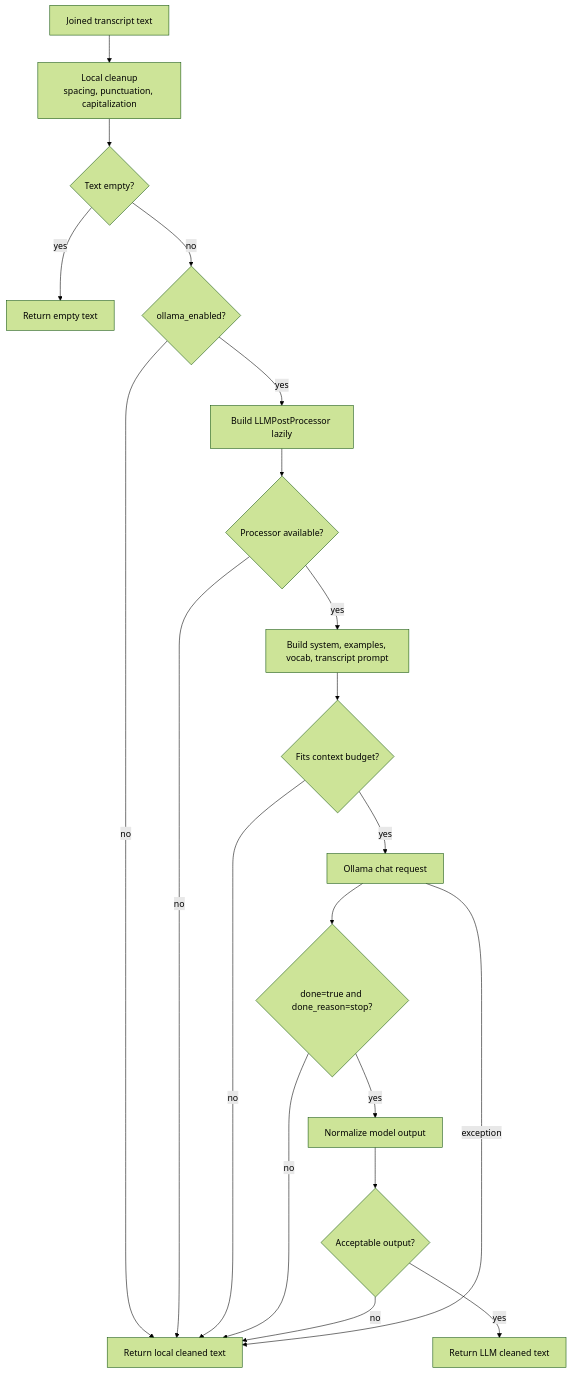
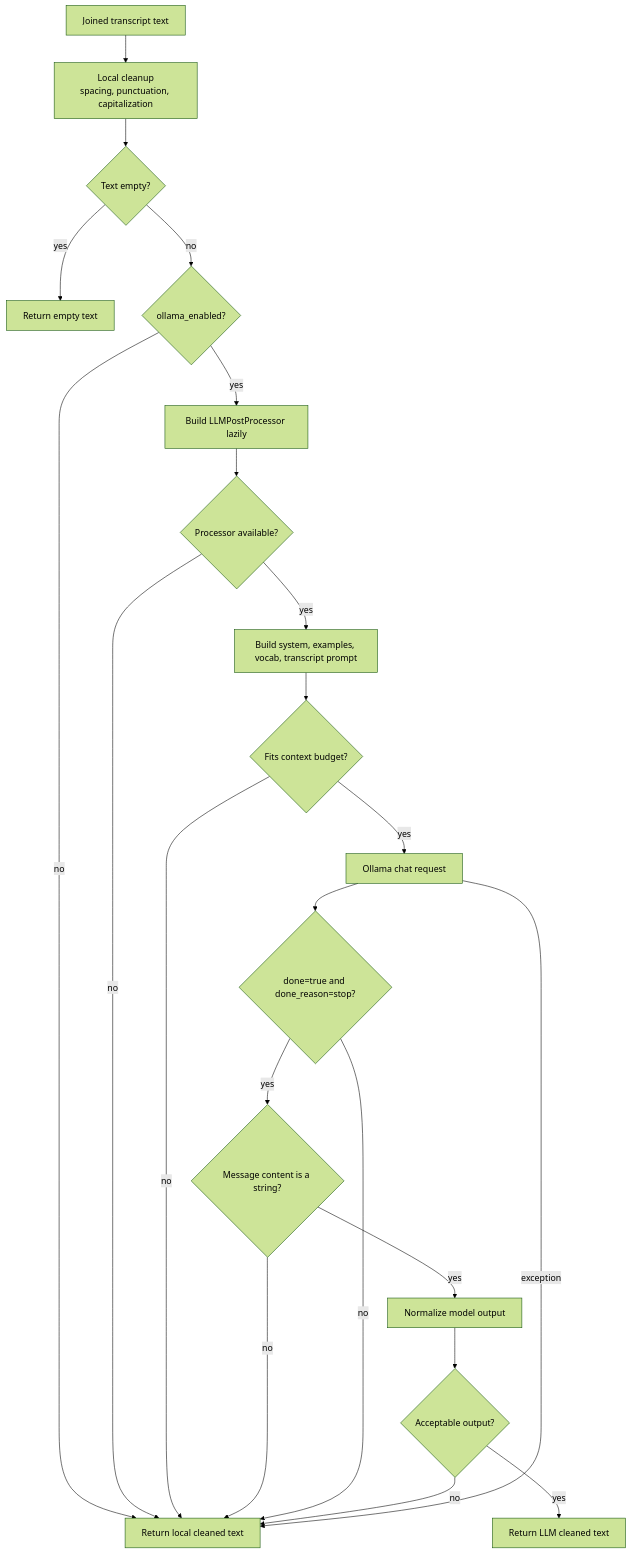
One commit to laceyp99/murmur changed the third of 3 diagrams in docs/transcription-and-cleanup.md. Above: the diagram before and after it, drawn with Mermaid (forest theme). The commit also changed other lines of this file and 3 other files, not shown here.

````diff
--- a/docs/transcription-and-cleanup.md
+++ b/docs/transcription-and-cleanup.md
@@ -89,22 +89,24 @@
 ```mermaid
 flowchart TB
     RawText["Joined transcript text"] --> LocalCleanup["Local cleanup<br/>spacing, punctuation, capitalization"]
     LocalCleanup --> Empty{"Text empty?"}
     Empty -->|yes| ReturnEmpty["Return empty text"]
     Empty -->|no| Enabled{"ollama_enabled?"}
     Enabled -->|no| ReturnLocal["Return local cleaned text"]
     Enabled -->|yes| BuildProcessor["Build LLMPostProcessor lazily"]
     BuildProcessor --> Available{"Processor available?"}
     Available -->|no| ReturnLocal
     Available -->|yes| BuildMessages["Build system, examples, vocab, transcript prompt"]
     BuildMessages --> Budget{"Fits context budget?"}
     Budget -->|no| ReturnLocal
     Budget -->|yes| Ollama["Ollama chat request"]
     Ollama --> Completion{"done=true and done_reason=stop?"}
-    Completion -->|yes| Normalize["Normalize model output"]
+    Completion -->|yes| Content{"Message content is a string?"}
+    Content -->|yes| Normalize["Normalize model output"]
+    Content -->|no| ReturnLocal
     Completion -->|no| ReturnLocal
     Normalize --> Gate{"Acceptable output?"}
     Gate -->|yes| ReturnLLM["Return LLM cleaned text"]
     Gate -->|no| ReturnLocal
     Ollama -->|exception| ReturnLocal
 ```
````
